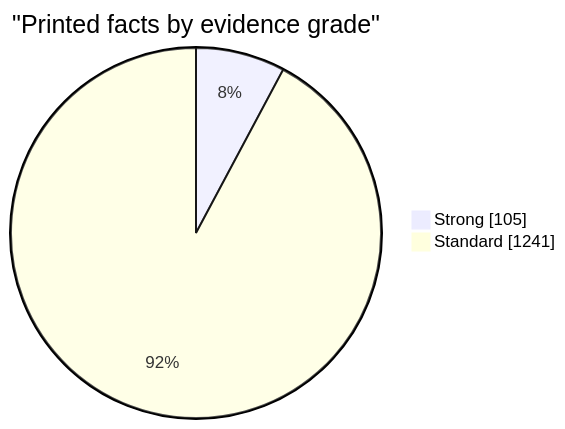
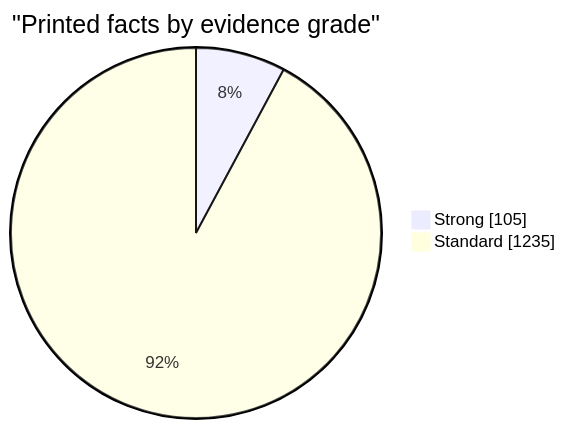
The first of 5 diagrams in docs/evidence.md (EU27-data-sovereignty/eu27-data-sovereignty), drawn with Mermaid before and after one commit. The commit also changed other lines of this file and 48 other files, not shown here.

````diff
--- a/docs/evidence.md
+++ b/docs/evidence.md
@@ -18,6 +18,6 @@
 ```mermaid
 pie showData
   title "Printed facts by evidence grade"
   "Strong" : 105
-  "Standard" : 1241
+  "Standard" : 1235
 ```
````
